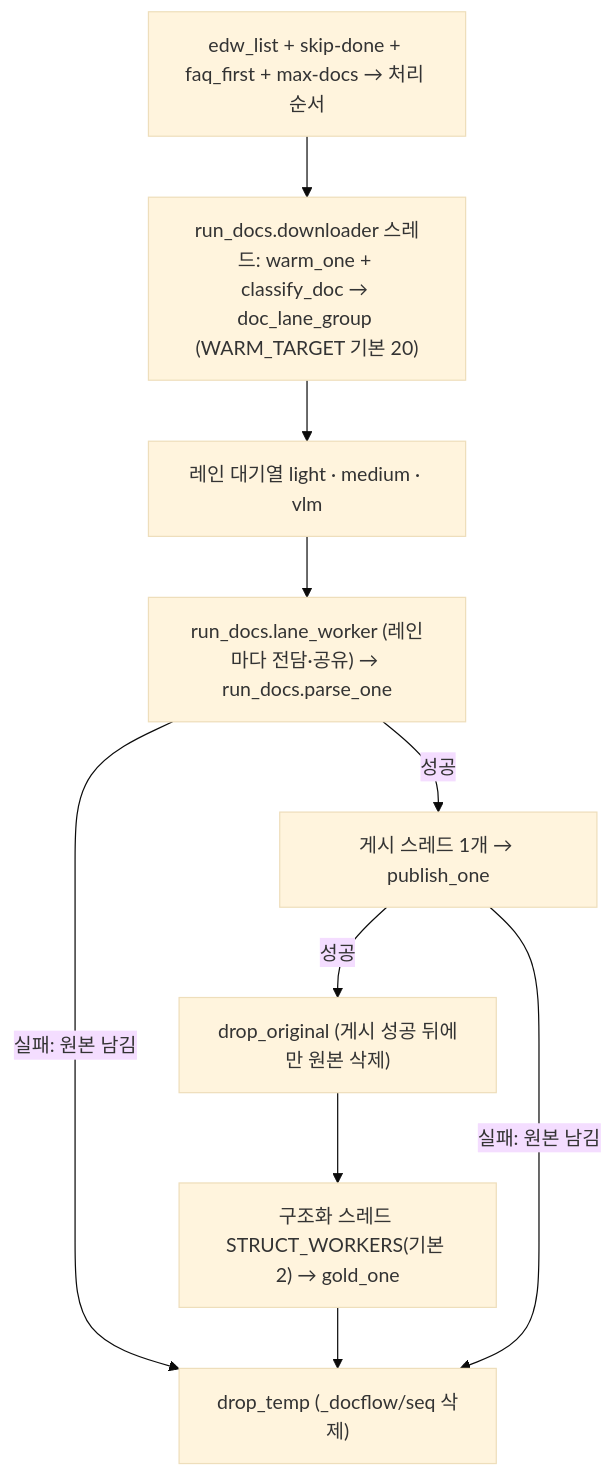
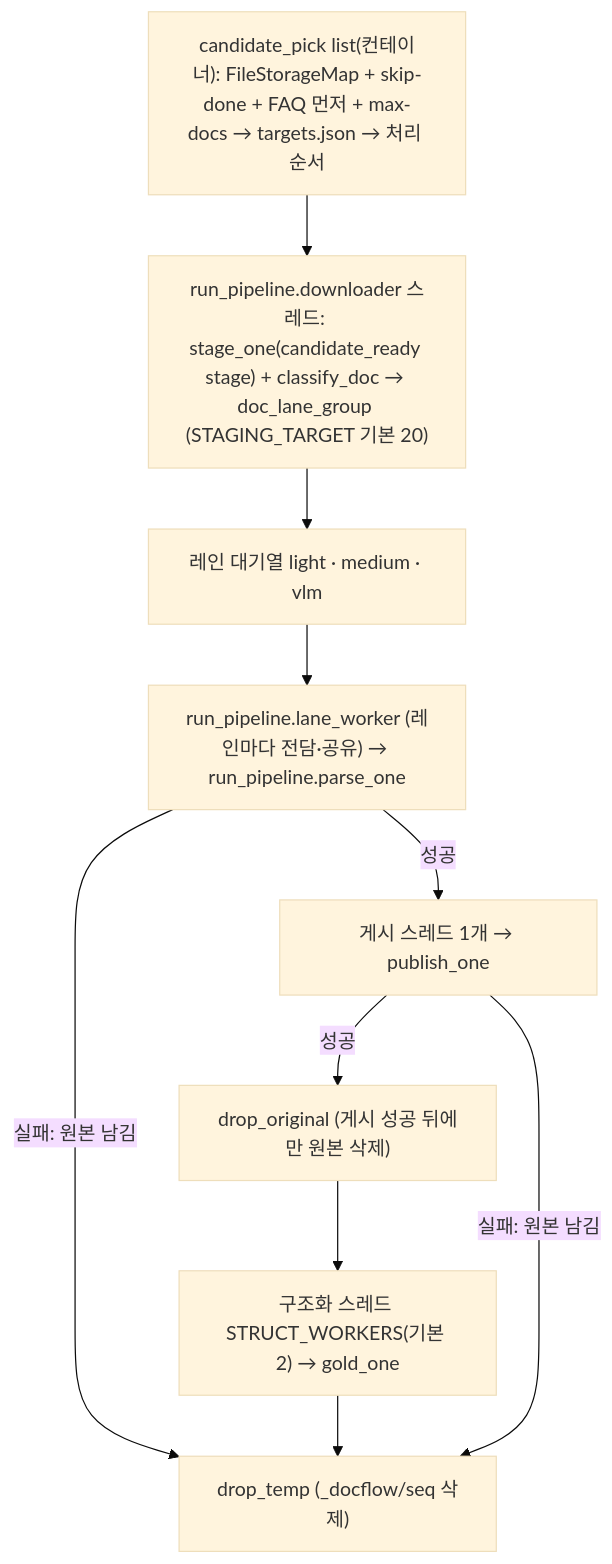
Before and after one commit to gigasamba/sbl_data_parsing: the third of 11 diagrams in docs/architecture/parse_flow.md, drawn with Mermaid (base theme). The commit also changed other lines of this file and 62 other files, not shown here.

````diff
--- a/docs/architecture/parse_flow.md
+++ b/docs/architecture/parse_flow.md
@@ -105,16 +101,16 @@
 ```mermaid
 flowchart TD
-    L["edw_list + skip-done + faq_first + max-docs → 처리 순서"]
-    W["run_docs.downloader 스레드: warm_one + classify_doc → doc_lane_group (WARM_TARGET 기본 20)"]
+    L["candidate_pick list(컨테이너): FileStorageMap + skip-done + FAQ 먼저 + max-docs → targets.json → 처리 순서"]
+    W["run_pipeline.downloader 스레드: stage_one(candidate_ready stage) + classify_doc → doc_lane_group (STAGING_TARGET 기본 20)"]
     Q["레인 대기열 light · medium · vlm"]
-    LW["run_docs.lane_worker (레인마다 전담·공유) → run_docs.parse_one"]
+    LW["run_pipeline.lane_worker (레인마다 전담·공유) → run_pipeline.parse_one"]
     PUB["게시 스레드 1개 → publish_one"]
     DROP["drop_original (게시 성공 뒤에만 원본 삭제)"]
     G["구조화 스레드 STRUCT_WORKERS(기본 2) → gold_one"]
     T["drop_temp (_docflow/seq 삭제)"]
     L --> W --> Q --> LW
     LW -- "성공" --> PUB
     LW -- "실패: 원본 남김" --> T
     PUB -- "성공" --> DROP --> G --> T
     PUB -- "실패: 원본 남김" --> T
 ```
````
